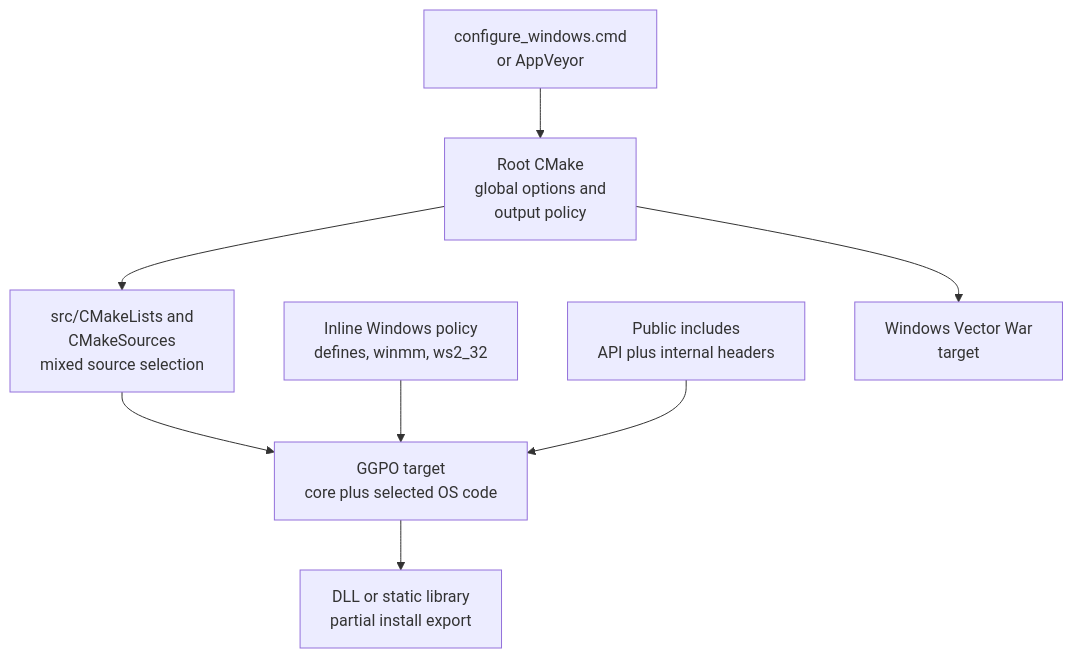
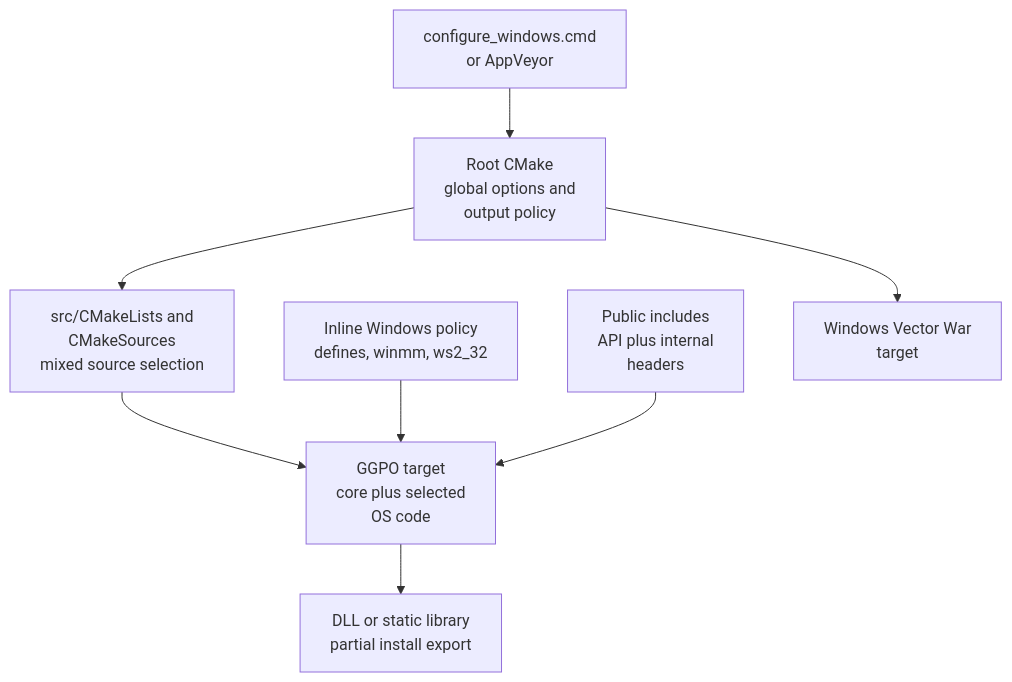
The third of 5 diagrams in doc/planning/2026-11-06-platform_agnostic_core/TECH_PLAN.md (irregularthanis/ggpo-next), drawn with Mermaid before and after one commit. The commit also changed other lines of this file and 6 other files, not shown here.

Commit message:
docs: wrap long Mermaid labels

````diff
--- a/doc/planning/2026-11-06-platform_agnostic_core/TECH_PLAN.md
+++ b/doc/planning/2026-11-06-platform_agnostic_core/TECH_PLAN.md
@@ -316,16 +316,16 @@
 ```mermaid
 flowchart TD
     Entry["configure_windows.cmd<br/>or AppVeyor"]
     Root["Root CMake<br/>global options and<br/>output policy"]
     List["src/CMakeLists and<br/>CMakeSources<br/>mixed source selection"]
-    Mixed["GGPO target<br/>core plus selected OS code"]
+    Mixed["GGPO target<br/>core plus selected<br/>OS code"]
     Inline["Inline Windows policy<br/>defines, winmm, ws2_32"]
-    Leak["Public includes<br/>API plus internal headers"]
+    Leak["Public includes<br/>API plus internal<br/>headers"]
     Output["DLL or static library<br/>partial install export"]
     Sample["Windows Vector War<br/>target"]
 
     Entry --> Root --> List --> Mixed --> Output
     Root --> Sample
     Inline --> Mixed
     Leak --> Mixed
 ```
````
